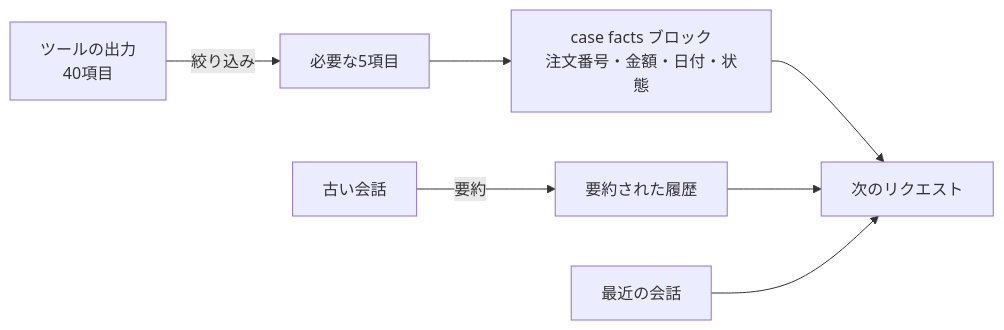
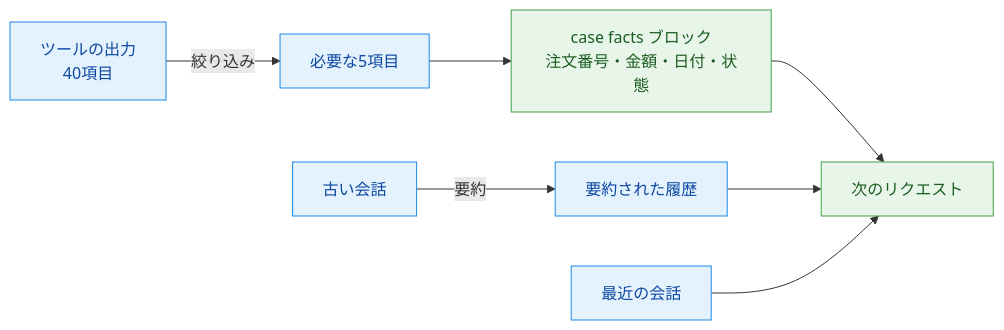
One commit to yuya-take/yuya-exam-notes changed the diagram in ccaf/notes/05-context-reliability/preserving-key-facts.md. Above: the diagram before and after it, drawn with Mermaid. The commit also changed other lines of this file and 50 other files, not shown here.

````diff
--- a/ccaf/notes/05-context-reliability/preserving-key-facts.md
+++ b/ccaf/notes/05-context-reliability/preserving-key-facts.md
@@ -11,9 +12,13 @@
 ```mermaid
 flowchart LR
-  T[ツールの出力<br>40項目] -->|絞り込み| S[必要な5項目]
-  S --> F[case facts ブロック<br>注文番号・金額・日付・状態]
-  H[古い会話] -->|要約| SM[要約された履歴]
-  F --> P[次のリクエスト]
+  T["ツールの出力<br>40項目"] -->|絞り込み| S["必要な5項目"]
+  S --> F["case facts ブロック<br>注文番号・金額・日付・状態"]
+  H["古い会話"] -->|要約| SM["要約された履歴"]
+  F --> P["次のリクエスト"]
   SM --> P
-  R[最近の会話] --> P
+  R["最近の会話"] --> P
+  classDef run fill:#e3f2fd,stroke:#1e88e5,color:#0d47a1
+  classDef done fill:#e8f5e9,stroke:#43a047,color:#1b5e20
+  class T,S,H,SM,R run
+  class F,P done
 ```
````
